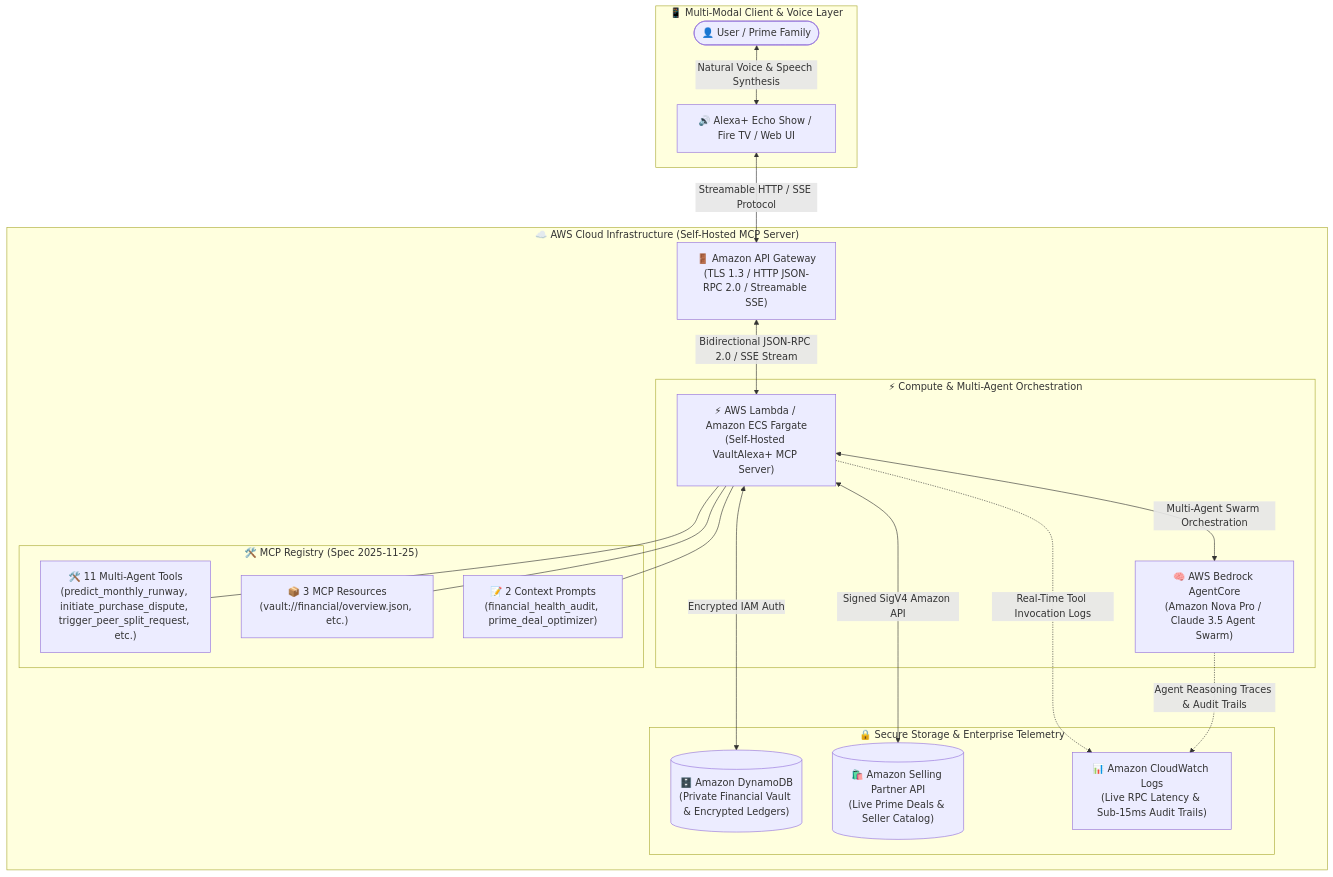
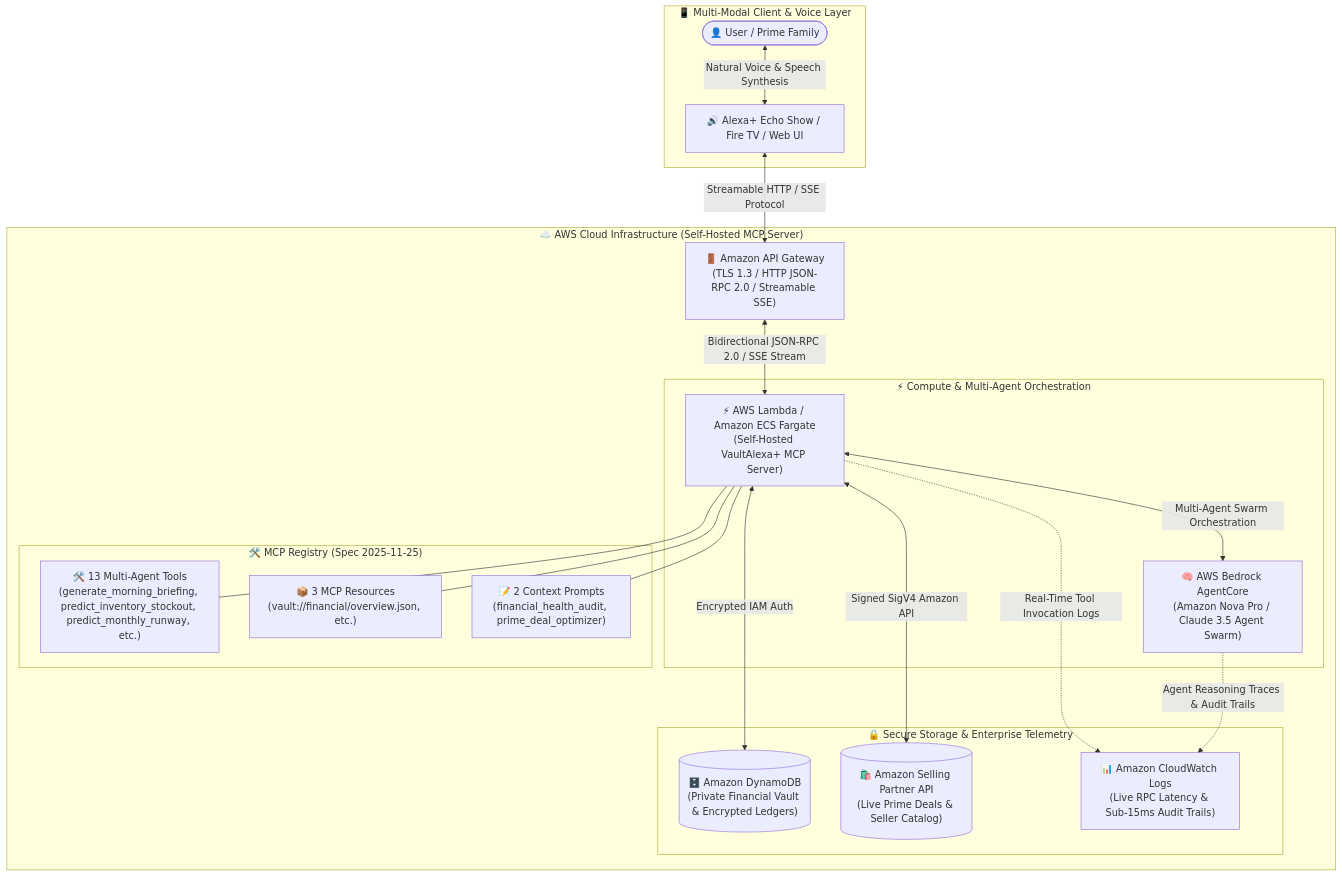
Before and after one commit to karyalangitdigital/vault-alexa-mcp: the diagram in README.md, drawn with Mermaid. The commit also changed other lines of this file and 13 other files, not shown here.

````diff
--- a/README.md
+++ b/README.md
@@ -50,40 +52,40 @@
 ```mermaid
 flowchart TD
     subgraph ClientLayer ["📱 Multi-Modal Client & Voice Layer"]
         User(["👤 User / Prime Family"])
         AlexaDevice["🔊 Alexa+ Echo Show / Fire TV / Web UI"]
         User <-->|Natural Voice & Speech Synthesis| AlexaDevice
     end
 
     subgraph AWSCloud ["☁️ AWS Cloud Infrastructure (Self-Hosted MCP Server)"]
         APIGateway["🚪 Amazon API Gateway\n(TLS 1.3 / HTTP JSON-RPC 2.0 / Streamable SSE)"]
         
         subgraph ComputeLayer ["⚡ Compute & Multi-Agent Orchestration"]
             BedrockAgent["🧠 AWS Bedrock AgentCore\n(Amazon Nova Pro / Claude 3.5 Agent Swarm)"]
             LambdaMCP["⚡ AWS Lambda / Amazon ECS Fargate\n(Self-Hosted VaultAlexa+ MCP Server)"]
         end
 
         subgraph MCPRegistry ["🛠️ MCP Registry (Spec 2025-11-25)"]
-            MCPTools["🛠️ 11 Multi-Agent Tools\n(predict_monthly_runway, initiate_purchase_dispute, trigger_peer_split_request, etc.)"]
+            MCPTools["🛠️ 13 Multi-Agent Tools\n(generate_morning_briefing, predict_inventory_stockout, predict_monthly_runway, etc.)"]
             MCPResources["📦 3 MCP Resources\n(vault://financial/overview.json, etc.)"]
             MCPPrompts["📝 2 Context Prompts\n(financial_health_audit, prime_deal_optimizer)"]
         end
 
         subgraph StorageLayer ["🔒 Secure Storage & Enterprise Telemetry"]
             DynamoDB[("🗄️ Amazon DynamoDB\n(Private Financial Vault & Encrypted Ledgers)")]
             AmazonCatalog[("🛍️ Amazon Selling Partner API\n(Live Prime Deals & Seller Catalog)")]
             CloudWatch["📊 Amazon CloudWatch Logs\n(Live RPC Latency & Sub-15ms Audit Trails)"]
         end
     end
 
     AlexaDevice <-->|Streamable HTTP / SSE Protocol| APIGateway
     APIGateway <-->|Bidirectional JSON-RPC 2.0 / SSE Stream| LambdaMCP
     LambdaMCP <-->|Multi-Agent Swarm Orchestration| BedrockAgent
     LambdaMCP --- MCPTools
     LambdaMCP --- MCPResources
     LambdaMCP --- MCPPrompts
     LambdaMCP <-->|Encrypted IAM Auth| DynamoDB
     LambdaMCP <-->|Signed SigV4 Amazon API| AmazonCatalog
     LambdaMCP -.->|Real-Time Tool Invocation Logs| CloudWatch
     BedrockAgent -.->|Agent Reasoning Traces & Audit Trails| CloudWatch
 ```
````
